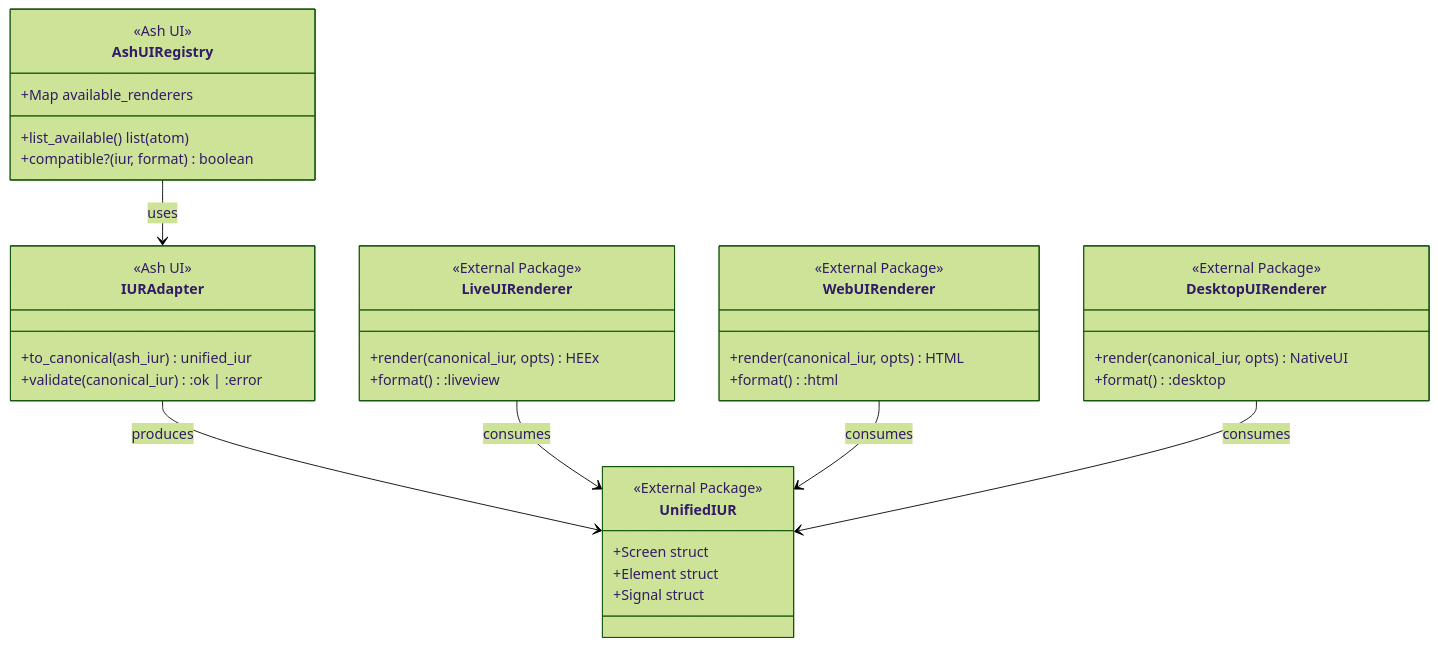
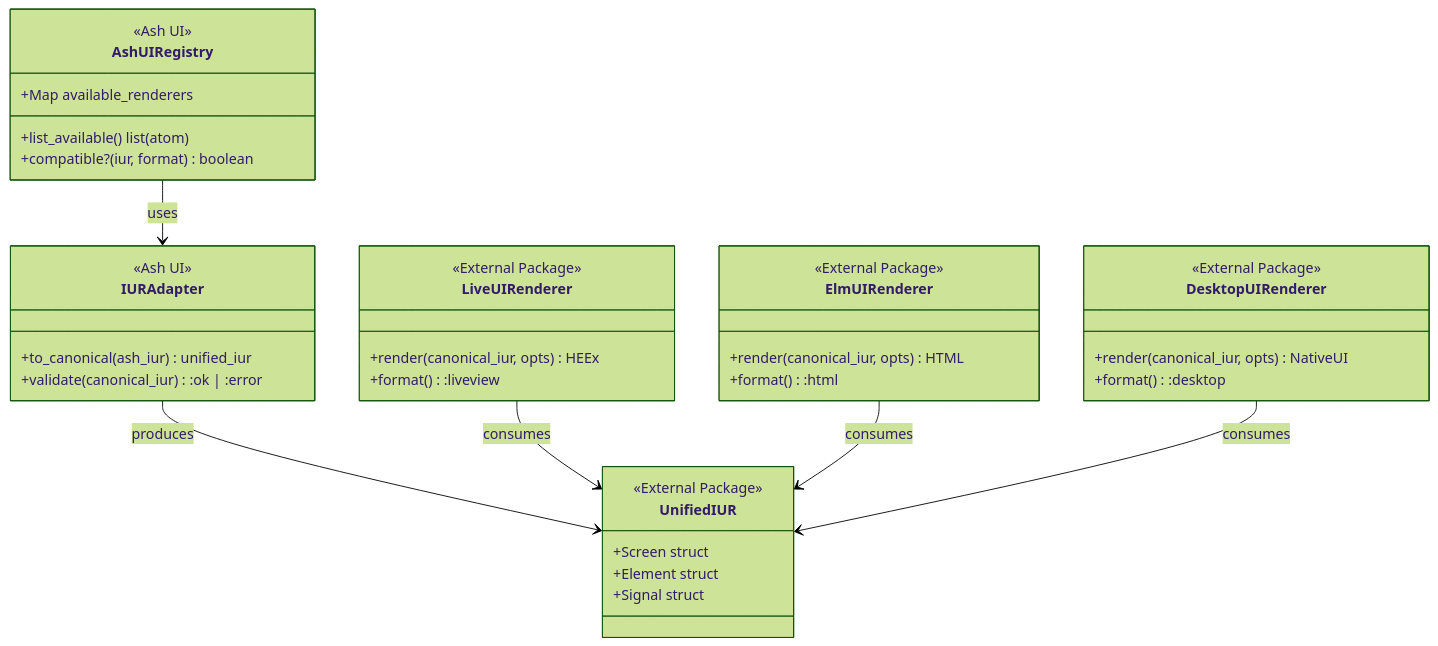
The second of 2 diagrams in specs/contracts/rendering_contract.md (The-Metagraph/ash_ui), drawn with Mermaid (forest theme) before and after one commit. The commit also changed other lines of this file and 10 other files, not shown here.

````diff
--- a/specs/contracts/rendering_contract.md
+++ b/specs/contracts/rendering_contract.md
@@ -335,46 +335,46 @@
 ```mermaid
 classDiagram
     class AshUIRegistry {
         <<Ash UI>>
         +Map available_renderers
         +list_available() list(atom)
         +compatible?(iur, format) boolean
     }
 
     class IURAdapter {
         <<Ash UI>>
         +to_canonical(ash_iur) unified_iur
         +validate(canonical_iur) :ok | :error
     }
 
     class UnifiedIUR {
         <<External Package>>
         +Screen struct
         +Element struct
         +Signal struct
     }
 
     class LiveUIRenderer {
         <<External Package>>
         +render(canonical_iur, opts) HEEx
         +format() :liveview
     }
 
-    class WebUIRenderer {
+    class ElmUIRenderer {
         <<External Package>>
         +render(canonical_iur, opts) HTML
         +format() :html
     }
 
     class DesktopUIRenderer {
         <<External Package>>
         +render(canonical_iur, opts) NativeUI
         +format() :desktop
     }
 
     AshUIRegistry --> IURAdapter : uses
     IURAdapter --> UnifiedIUR : produces
     LiveUIRenderer --> UnifiedIUR : consumes
-    WebUIRenderer --> UnifiedIUR : consumes
+    ElmUIRenderer --> UnifiedIUR : consumes
     DesktopUIRenderer --> UnifiedIUR : consumes
 ```
````
